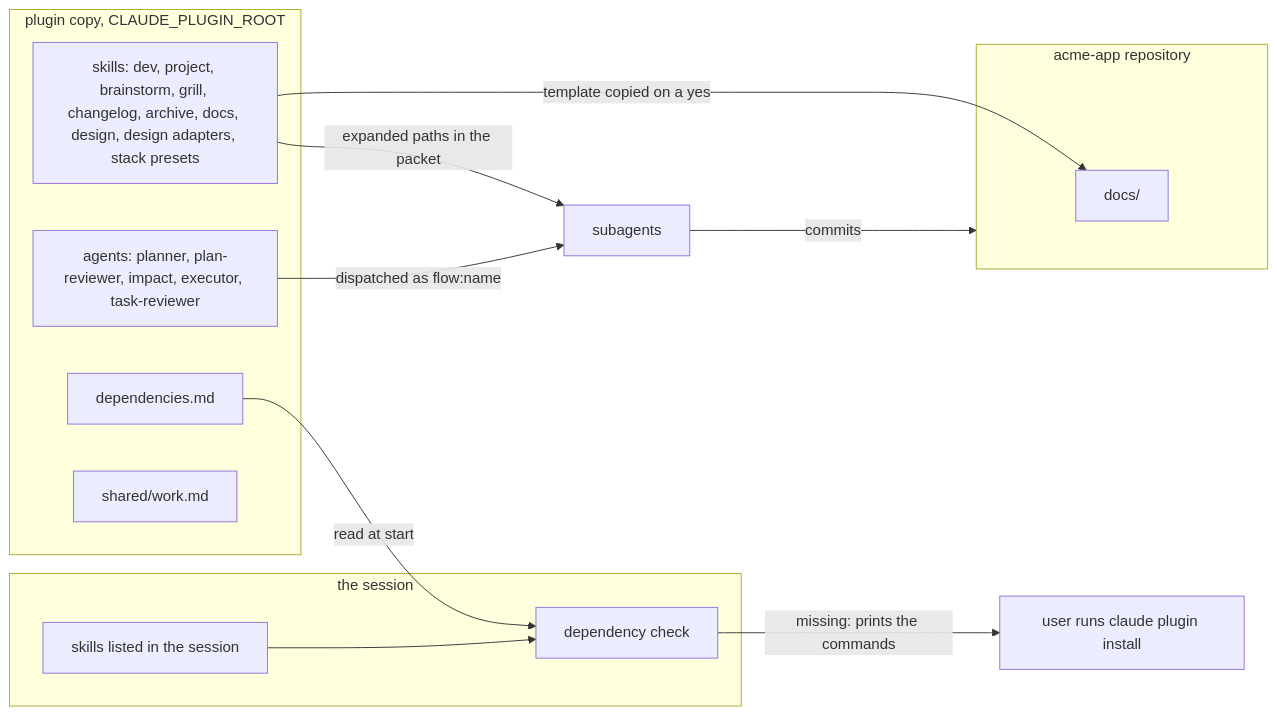
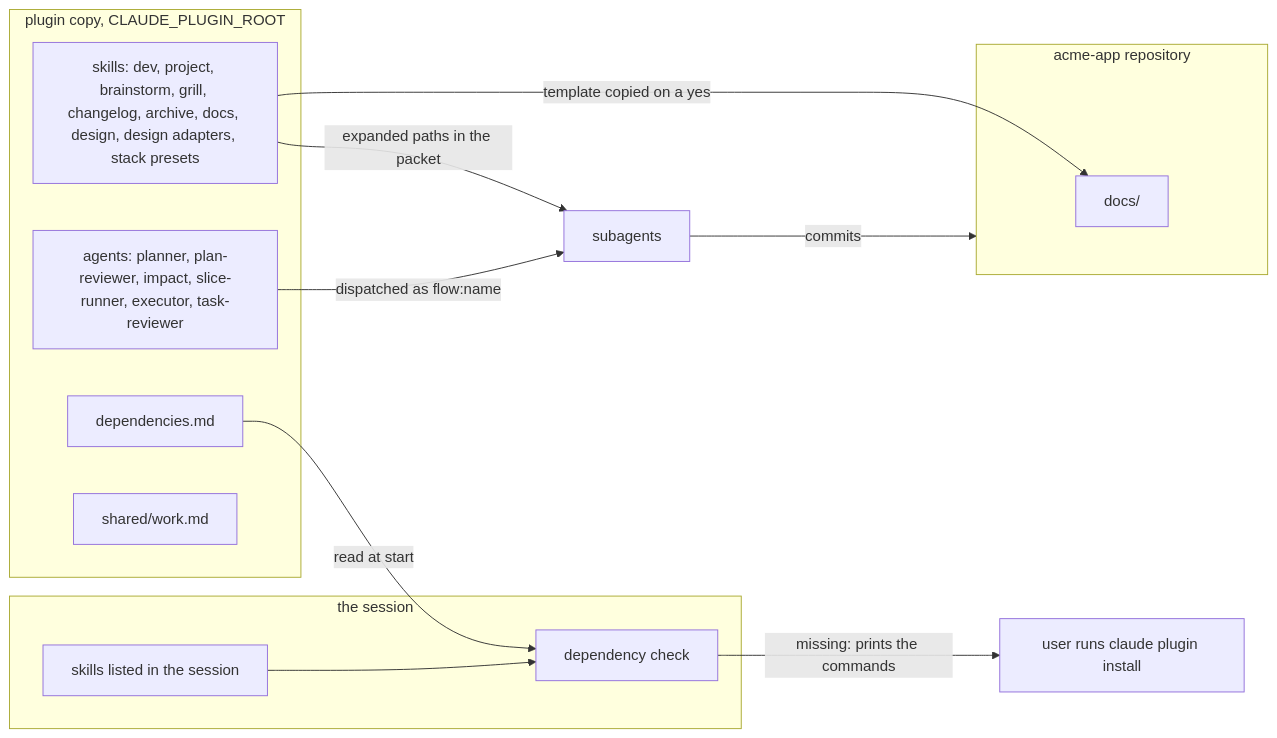
One commit to spleenteo/devflow changed the fourth of 4 diagrams in docs/architecture.md. Above: the diagram before and after it, drawn with Mermaid. The commit also changed other lines of this file and 1 other file, not shown here.

Commit message:
Describe the slice runner in the README and architecture

````diff
--- a/docs/architecture.md
+++ b/docs/architecture.md
@@ -210,23 +210,23 @@
 ```mermaid
 flowchart LR
   subgraph plugin["plugin copy, CLAUDE_PLUGIN_ROOT"]
     deplist["dependencies.md"]
-    agentdir["agents: planner, plan-reviewer, impact, executor, task-reviewer"]
+    agentdir["agents: planner, plan-reviewer, impact, slice-runner, executor, task-reviewer"]
     skilldir["skills: dev, project, brainstorm, grill, changelog, archive, docs, design, design adapters, stack presets"]
     shared["shared/work.md"]
   end
   subgraph session["the session"]
     listed["skills listed in the session"]
     check["dependency check"]
   end
   subgraph repo["acme-app repository"]
     docs["docs/"]
   end
   deplist -->|"read at start"| check
   listed --> check
   check -->|"missing: prints the commands"| usr["user runs claude plugin install"]
   skilldir -->|"template copied on a yes"| docs
   skilldir -->|"expanded paths in the packet"| agents["subagents"]
   agentdir -->|"dispatched as flow:name"| agents
   agents -->|"commits"| repo
 ```
````
